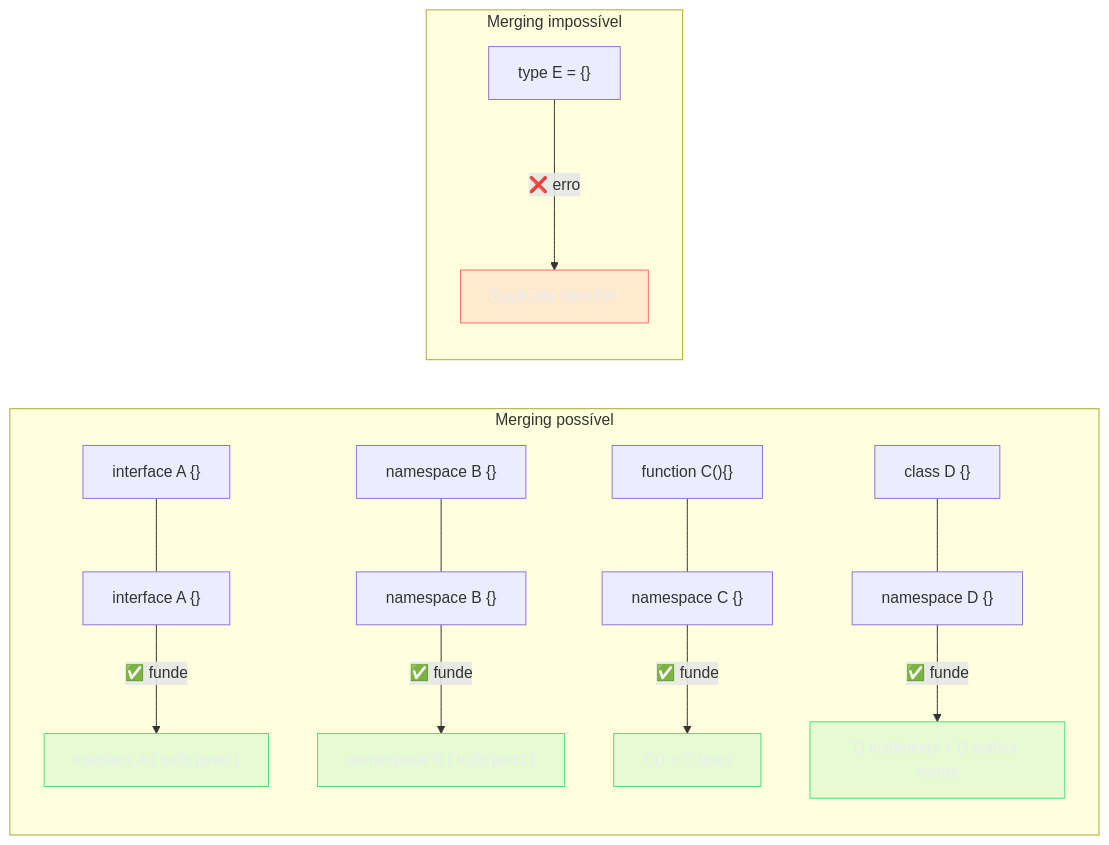
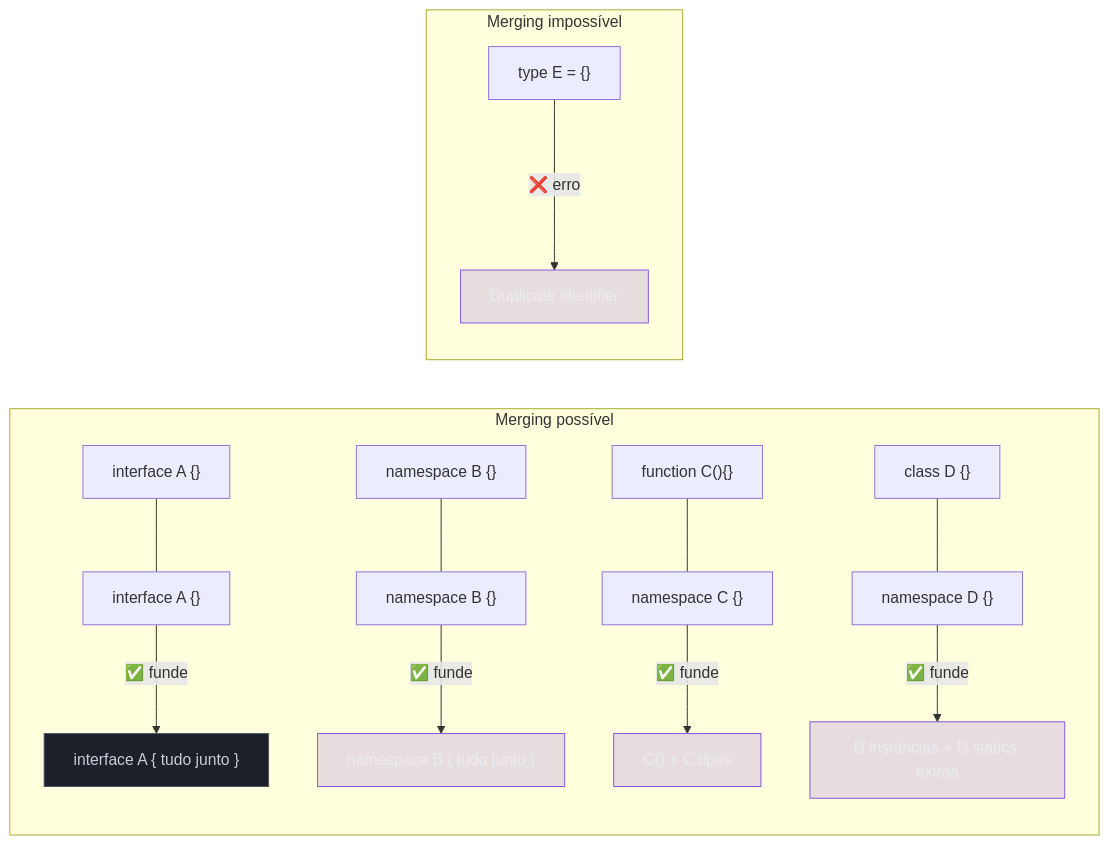
The third of 6 diagrams in 03-Dominios/Tecnologia/TypeScript/22 - Declaration files (.d.ts) e o ecossistema de tipos.md (josenaldo/codex-technomanticus), drawn with Mermaid before and after one commit. The commit also changed other lines of this file and 601 other files, not shown here.

````diff
--- a/03-Dominios/Tecnologia/TypeScript/22 - Declaration files (.d.ts) e o ecossistema de tipos.md
+++ b/03-Dominios/Tecnologia/TypeScript/22 - Declaration files (.d.ts) e o ecossistema de tipos.md
@@ -283,19 +283,19 @@
 ```mermaid
 flowchart LR
-    classDef ok fill:#4ADE8021,stroke:#4ADE80,color:#E9ECF2
-    classDef falha fill:#FF6B6B24,stroke:#FF6B6B,color:#E9ECF2
+    classDef marca fill:#8855DF33,stroke:#8855DF,color:#E9ECF2
+    classDef neutro fill:#1B2029,stroke:#4E5666,color:#C6CCD8
     subgraph "Merging possível"
         I1["interface A {}"] --- I2["interface A {}"] -->|"✅ funde"| IM["interface A { tudo junto }"]
         N1["namespace B {}"] --- N2["namespace B {}"] -->|"✅ funde"| NM["namespace B { tudo junto }"]
         F1["function C(){}"] --- NS["namespace C {}"] -->|"✅ funde"| FM["C() + C.tipos"]
         CL["class D {}"] --- NSd["namespace D {}"] -->|"✅ funde"| CLM["D instâncias + D.statics extras"]
     end
     subgraph "Merging impossível"
         T1["type E = {}"] --->|"❌ erro"| TERR["Duplicate identifier"]
     end
-    class IM ok
-    class NM ok
-    class FM ok
-    class CLM ok
-    class TERR falha
+    class IM neutro
+    class NM marca
+    class FM marca
+    class CLM marca
+    class TERR marca
 ```
````
